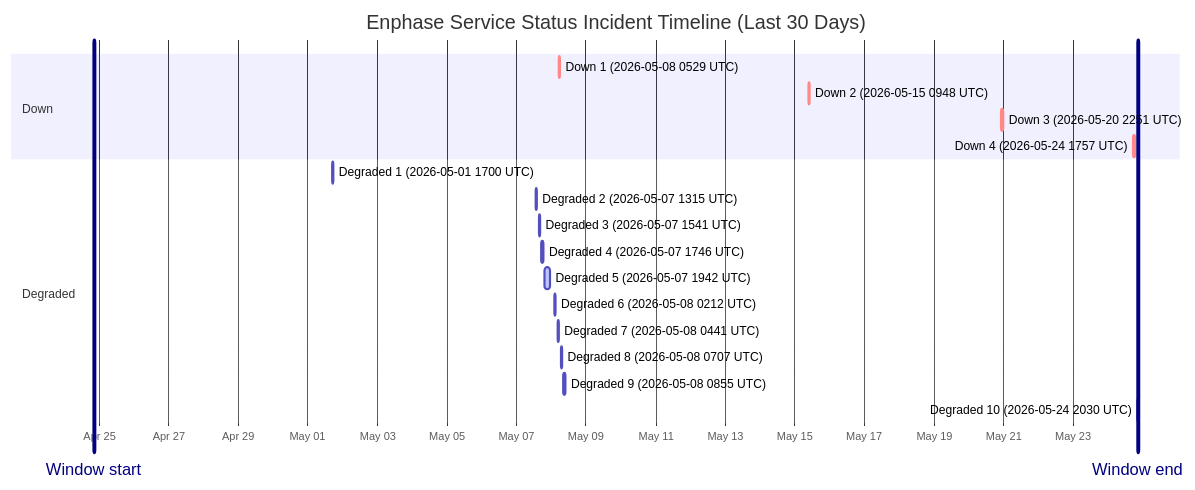
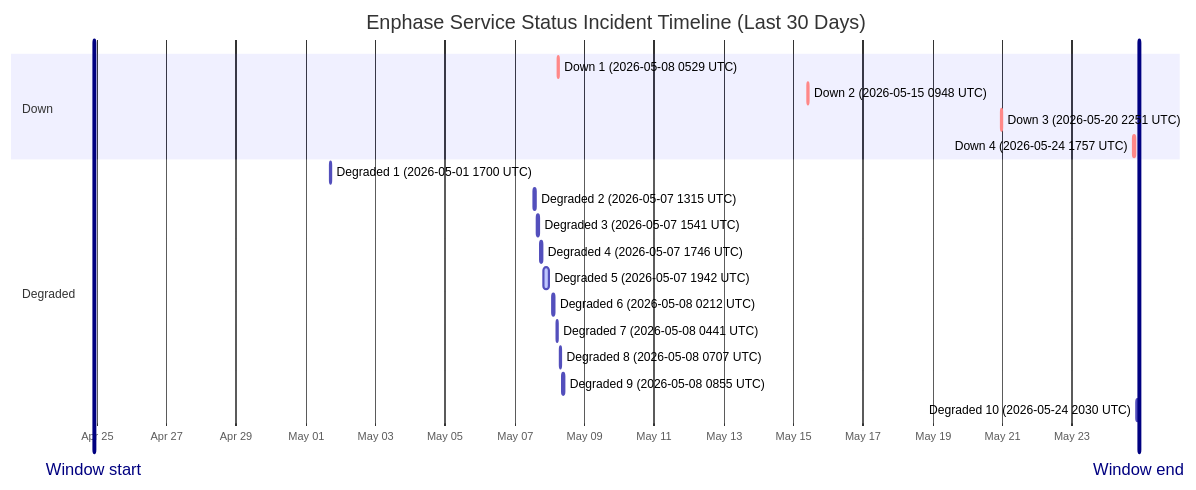
The diagram in wiki/Service-Status-History.md (barneyonline/ha-enphase-ev-charger), drawn with Mermaid before and after one commit. The commit also changed other lines of this file and 5 other files, not shown here.

````diff
--- a/wiki/Service-Status-History.md
+++ b/wiki/Service-Status-History.md
@@ -14,24 +14,24 @@
 ```mermaid
 gantt
     title Enphase Service Status Incident Timeline (Last 30 Days)
     dateFormat  YYYY-MM-DDTHH:mm:ss
     axisFormat  %b %d
-    Window start :vert, window-start, 2026-04-24T20:30:57, 0ms
-    Window end :vert, window-end, 2026-05-24T20:30:57, 0ms
+    Window start :vert, window-start, 2026-04-24T21:55:41, 0ms
+    Window end :vert, window-end, 2026-05-24T21:55:41, 0ms
     section Down
     Down 1 (2026-05-08 0529 UTC) :crit, down-1, 2026-05-08T05:29:47, 60m
     Down 2 (2026-05-15 0948 UTC) :crit, down-2, 2026-05-15T09:48:18, 60m
     Down 3 (2026-05-20 2251 UTC) :crit, down-3, 2026-05-20T22:51:14, 75m
     Down 4 (2026-05-24 1757 UTC) :crit, down-4, 2026-05-24T17:57:41, 86m
     section Degraded
     Degraded 1 (2026-05-01 1700 UTC) :active, degraded-1, 2026-05-01T17:00:22, 60m
     Degraded 2 (2026-05-07 1315 UTC) :active, degraded-2, 2026-05-07T13:15:25, 60m
     Degraded 3 (2026-05-07 1541 UTC) :active, degraded-3, 2026-05-07T15:41:58, 60m
     Degraded 4 (2026-05-07 1746 UTC) :active, degraded-4, 2026-05-07T17:46:51, 60m
     Degraded 5 (2026-05-07 1942 UTC) :active, degraded-5, 2026-05-07T19:42:10, 249m
     Degraded 6 (2026-05-08 0212 UTC) :active, degraded-6, 2026-05-08T02:12:39, 60m
     Degraded 7 (2026-05-08 0441 UTC) :active, degraded-7, 2026-05-08T04:41:46, 60m
     Degraded 8 (2026-05-08 0707 UTC) :active, degraded-8, 2026-05-08T07:07:30, 60m
     Degraded 9 (2026-05-08 0855 UTC) :active, degraded-9, 2026-05-08T08:55:20, 88m
-    Degraded 10 (2026-05-24 2030 UTC) :active, degraded-10, 2026-05-24T20:30:57, 60m
+    Degraded 10 (2026-05-24 2030 UTC) :active, degraded-10, 2026-05-24T20:30:57, 84m
 ```
````
